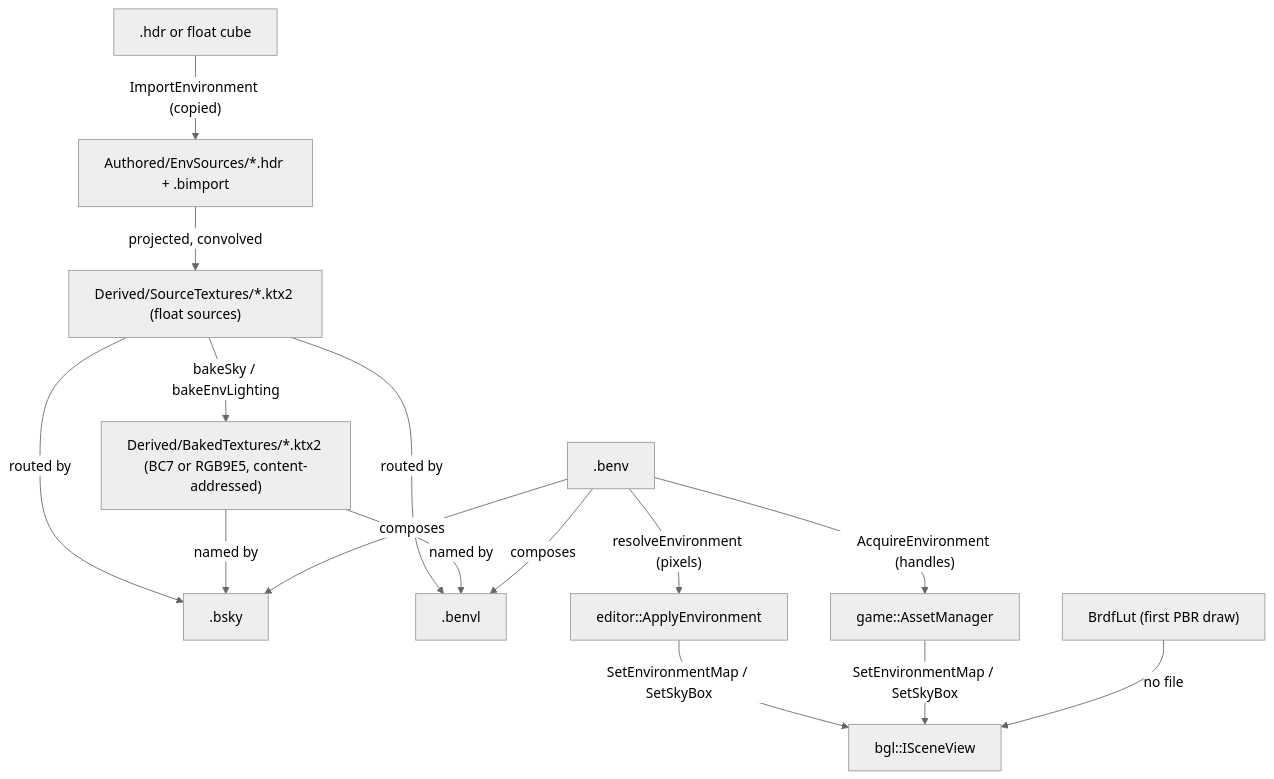
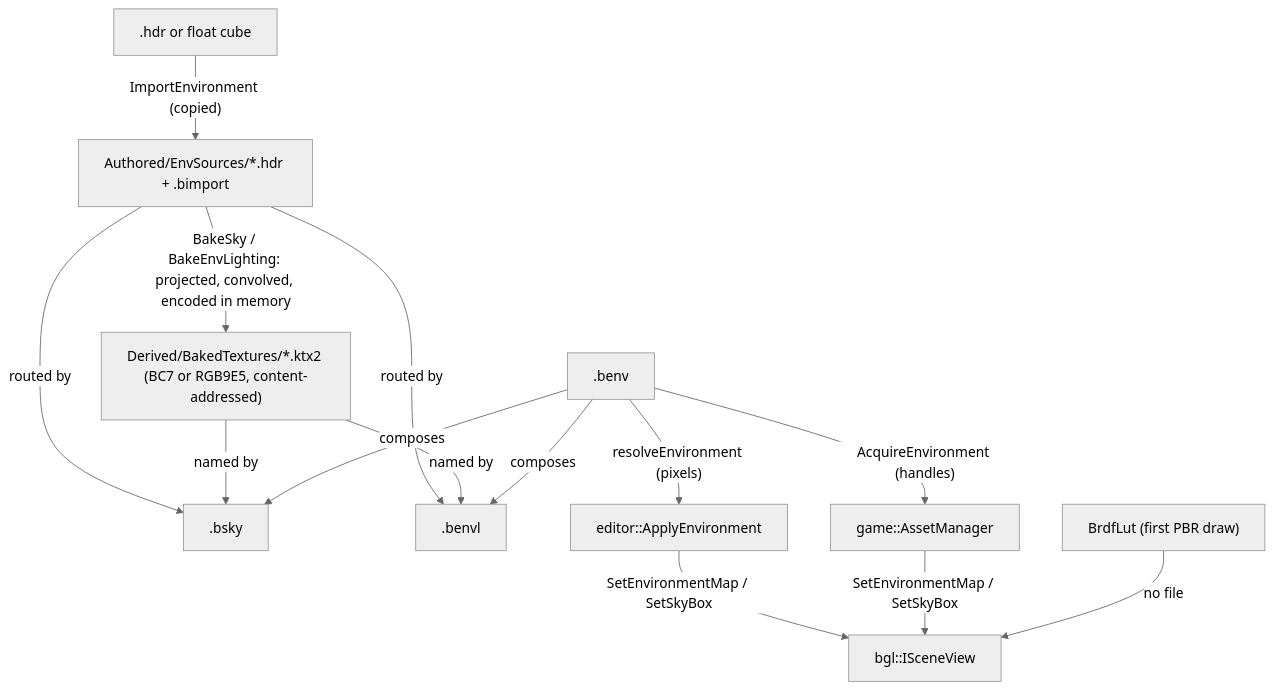
One commit to alexjiang200407/bernini changed the diagram in docs/envmaps.md. Above: the diagram before and after it, drawn with Mermaid (neutral theme). The commit also changed other lines of this file and 42 other files, not shown here.

First line of the commit message:
feat(assetlib): environment bakes cook from the authored source, keeping nothing float (#843)

````diff
--- a/docs/envmaps.md
+++ b/docs/envmaps.md
@@ -118,21 +139,20 @@
 ```mermaid
 flowchart TD
     HDR[".hdr or float cube"] -- "ImportEnvironment (copied)" --> COPY["Authored/EnvSources/*.hdr + .bimport"]
-    COPY -- "projected, convolved" --> SRC["Derived/SourceTextures/*.ktx2 (float sources)"]
-    SRC -- "bakeSky / bakeEnvLighting" --> BAKED["Derived/BakedTextures/*.ktx2 (BC7 or RGB9E5, content-addressed)"]
+    COPY -- "BakeSky / BakeEnvLighting: projected, convolved, encoded in memory" --> BAKED["Derived/BakedTextures/*.ktx2 (BC7 or RGB9E5, content-addressed)"]
 
-    SRC -- "routed by" --> BSKY[".bsky"]
-    SRC -- "routed by" --> BENVL[".benvl"]
+    COPY -- "routed by" --> BSKY[".bsky"]
+    COPY -- "routed by" --> BENVL[".benvl"]
     BAKED -- "named by" --> BSKY
     BAKED -- "named by" --> BENVL
 
     BENV[".benv"] -- "composes" --> BSKY
     BENV -- "composes" --> BENVL
 
     BENV -- "resolveEnvironment (pixels)" --> EDITOR["editor::ApplyEnvironment"]
     BENV -- "AcquireEnvironment (handles)" --> GAME["game::AssetManager"]
 
     EDITOR -- "SetEnvironmentMap / SetSkyBox" --> VIEW["bgl::ISceneView"]
     GAME -- "SetEnvironmentMap / SetSkyBox" --> VIEW
     LUT["BrdfLut (first PBR draw)"] -- "no file" --> VIEW
 ```
````
